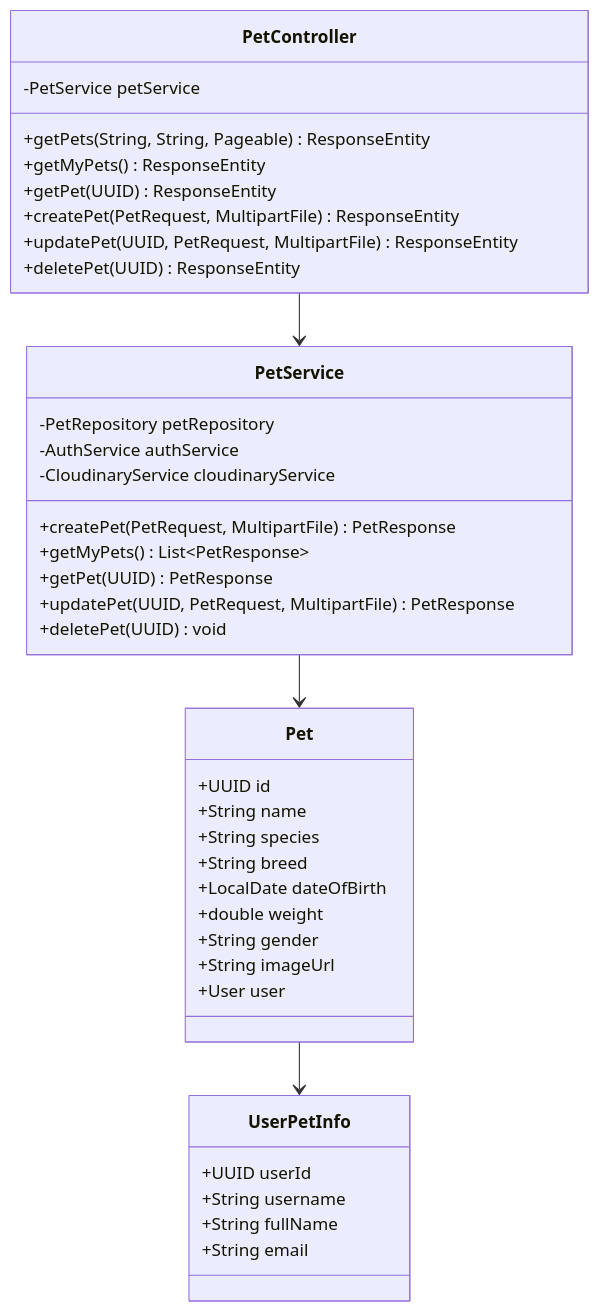
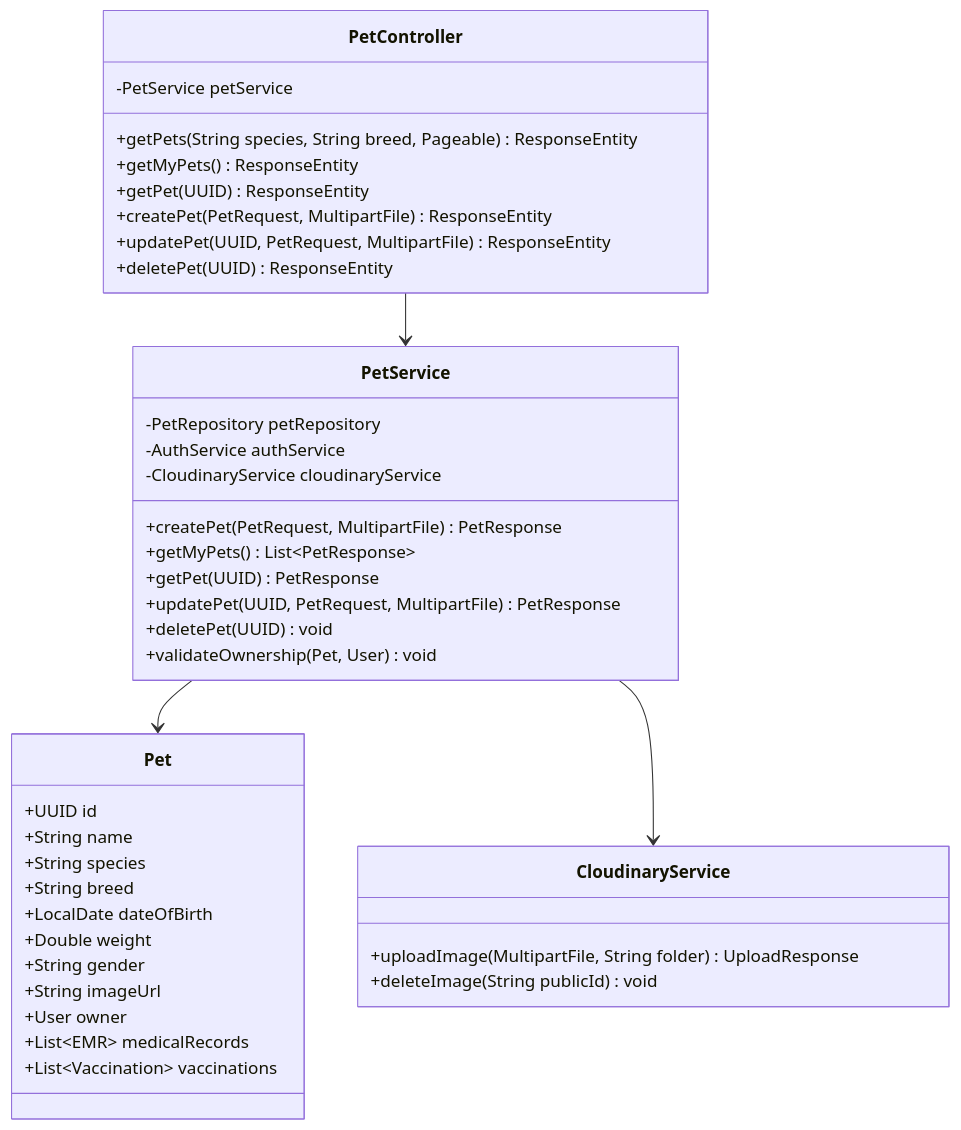
One commit to espresso23/Petties-Veterinary-Appointment-Booking-Platform changed diagram 17 of 28 in docs-references/documentation/SDD/REPORT_4_SDD_SYSTEM_DESIGN.md. Above: the diagram before and after it, drawn with Mermaid. The commit also changed other lines of this file and 3 other files, not shown here.

Commit message:
docs: standardize SRS/SDD formats and fix sequence diagram notation

````diff
--- a/docs-references/documentation/SDD/REPORT_4_SDD_SYSTEM_DESIGN.md
+++ b/docs-references/documentation/SDD/REPORT_4_SDD_SYSTEM_DESIGN.md
@@ -1043,46 +1334,47 @@
 ```mermaid
 classDiagram
     class PetController {
         -PetService petService
-        +getPets(String, String, Pageable) ResponseEntity
+        +getPets(String species, String breed, Pageable) ResponseEntity
         +getMyPets() ResponseEntity
         +getPet(UUID) ResponseEntity
         +createPet(PetRequest, MultipartFile) ResponseEntity
         +updatePet(UUID, PetRequest, MultipartFile) ResponseEntity
         +deletePet(UUID) ResponseEntity
     }
 
     class PetService {
         -PetRepository petRepository
         -AuthService authService
         -CloudinaryService cloudinaryService
         +createPet(PetRequest, MultipartFile) PetResponse
         +getMyPets() List~PetResponse~
         +getPet(UUID) PetResponse
         +updatePet(UUID, PetRequest, MultipartFile) PetResponse
         +deletePet(UUID) void
+        +validateOwnership(Pet, User) void
     }
 
     class Pet {
         +UUID id
         +String name
         +String species
         +String breed
         +LocalDate dateOfBirth
-        +double weight
+        +Double weight
         +String gender
         +String imageUrl
-        +User user
+        +User owner
+        +List~EMR~ medicalRecords
+        +List~Vaccination~ vaccinations
     }
 
-    class UserPetInfo {
-        +UUID userId
-        +String username
-        +String fullName
-        +String email
+    class CloudinaryService {
+        +uploadImage(MultipartFile, String folder) UploadResponse
+        +deleteImage(String publicId) void
     }
 
     PetController --> PetService
     PetService --> Pet
-    Pet --> UserPetInfo
+    PetService --> CloudinaryService
 ```
````
